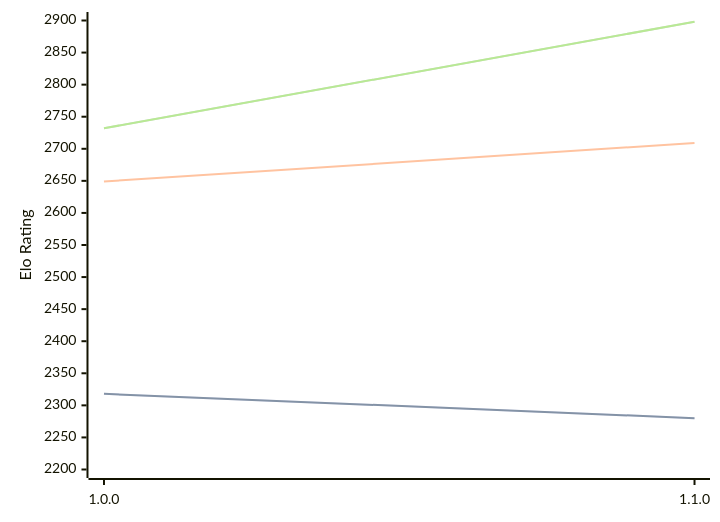
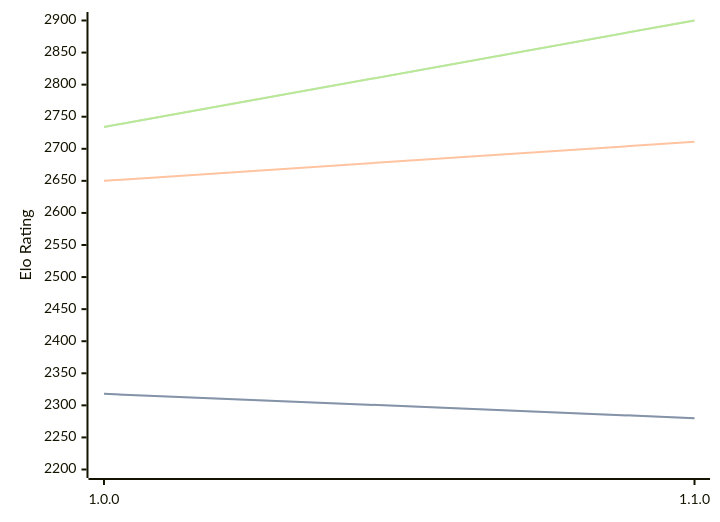
Before and after one commit to computer-chess-index/cci: the diagram in engines/ShallowGuess.md, drawn with Mermaid. The commit also changed other lines of this file, not shown here.

Commit message:
Update CCI Ratings (ELO VLTC) - 2026-07-25

````diff
--- a/engines/ShallowGuess.md
+++ b/engines/ShallowGuess.md
@@ -36,11 +36,11 @@
 ```mermaid
 %%{init: {"theme":"base","themeVariables":{"seriesColors:['#a3a3a3','#222221','#faa371']}}}%%
 xychart-beta
   x-axis ["1.0.0", "1.1.0"]
   y-axis "Elo Rating" 2200 --> 2900
   line "STC (8.0+0.08s)" [2318, 2280]
   line "STC (8.0+0.08s)" [2318, 2280]
-  line "LTC (60.0+0.60s)" [2649, 2709]
-  line "VLTC (2m24s+1.12s)" [2732, 2898]
-  line "VLTC (2m24s+1.12s)" [2732, 2898]
+  line "LTC (60.0+0.60s)" [2650, 2711]
+  line "VLTC (2m24s+1.12s)" [2734, 2900]
+  line "VLTC (2m24s+1.12s)" [2734, 2900]
 ```
````
